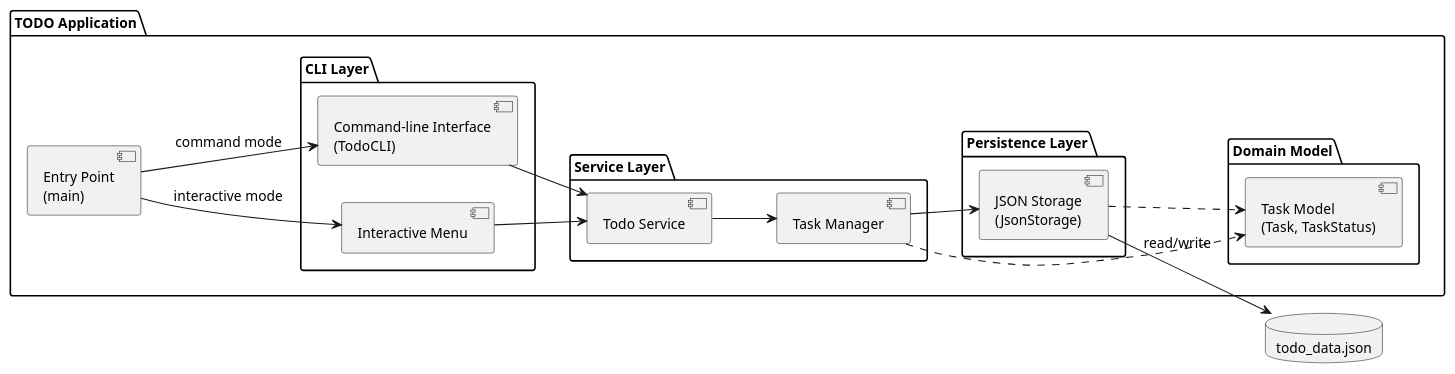
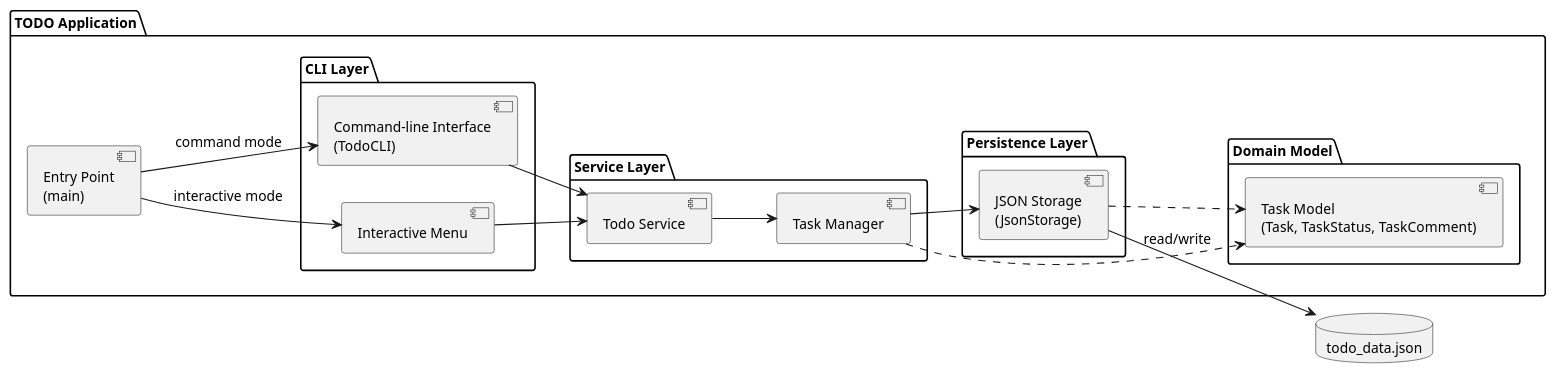
Before and after one commit to DanielRiha8906/Software_autoevolution_using_agents: the diagram in experiments/pipeline/structured_text/TODO/artifacts/component_diagram.puml, drawn with PlantUML. The commit also changed 5 other files, not shown here.

First line of the commit message:
task 03 | Introduce TaskComment domain class

```diff
--- a/experiments/pipeline/structured_text/TODO/artifacts/component_diagram.puml
+++ b/experiments/pipeline/structured_text/TODO/artifacts/component_diagram.puml
@@ -1,46 +1,46 @@
 @startuml component_diagram
 
 skinparam componentStyle uml2
 skinparam defaultFontSize 13
 
 left to right direction
 
 package "TODO Application" {
 
     component "Entry Point\n(main)" as Main
 
     package "CLI Layer" {
         component "Interactive Menu" as IM
         component "Command-line Interface\n(TodoCLI)" as CLI
     }
 
     package "Service Layer" {
         component "Todo Service" as SVC
         component "Task Manager" as MGR
     }
 
     package "Domain Model" {
-        component "Task Model\n(Task, TaskStatus)" as Model
+        component "Task Model\n(Task, TaskStatus, TaskComment)" as Model
     }
 
     package "Persistence Layer" {
         component "JSON Storage\n(JsonStorage)" as Storage
     }
 }
 
 database "todo_data.json" as DB
 
 Main --> IM : interactive mode
 Main --> CLI : command mode
 
 IM --> SVC
 CLI --> SVC
 
 SVC --> MGR
 MGR --> Storage
 MGR ..> Model
 Storage ..> Model
 
 Storage --> DB : read/write
 
 @enduml
```
